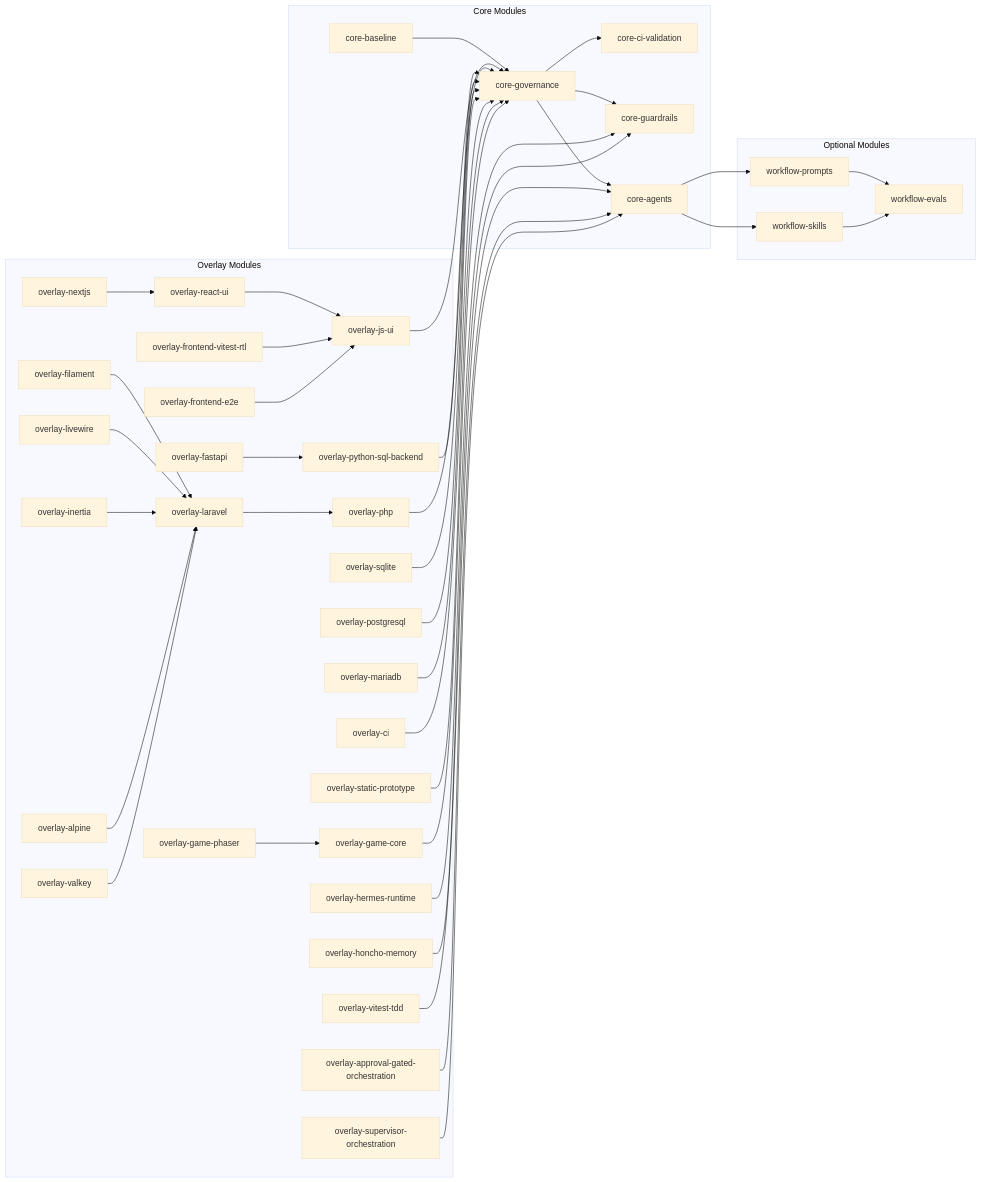
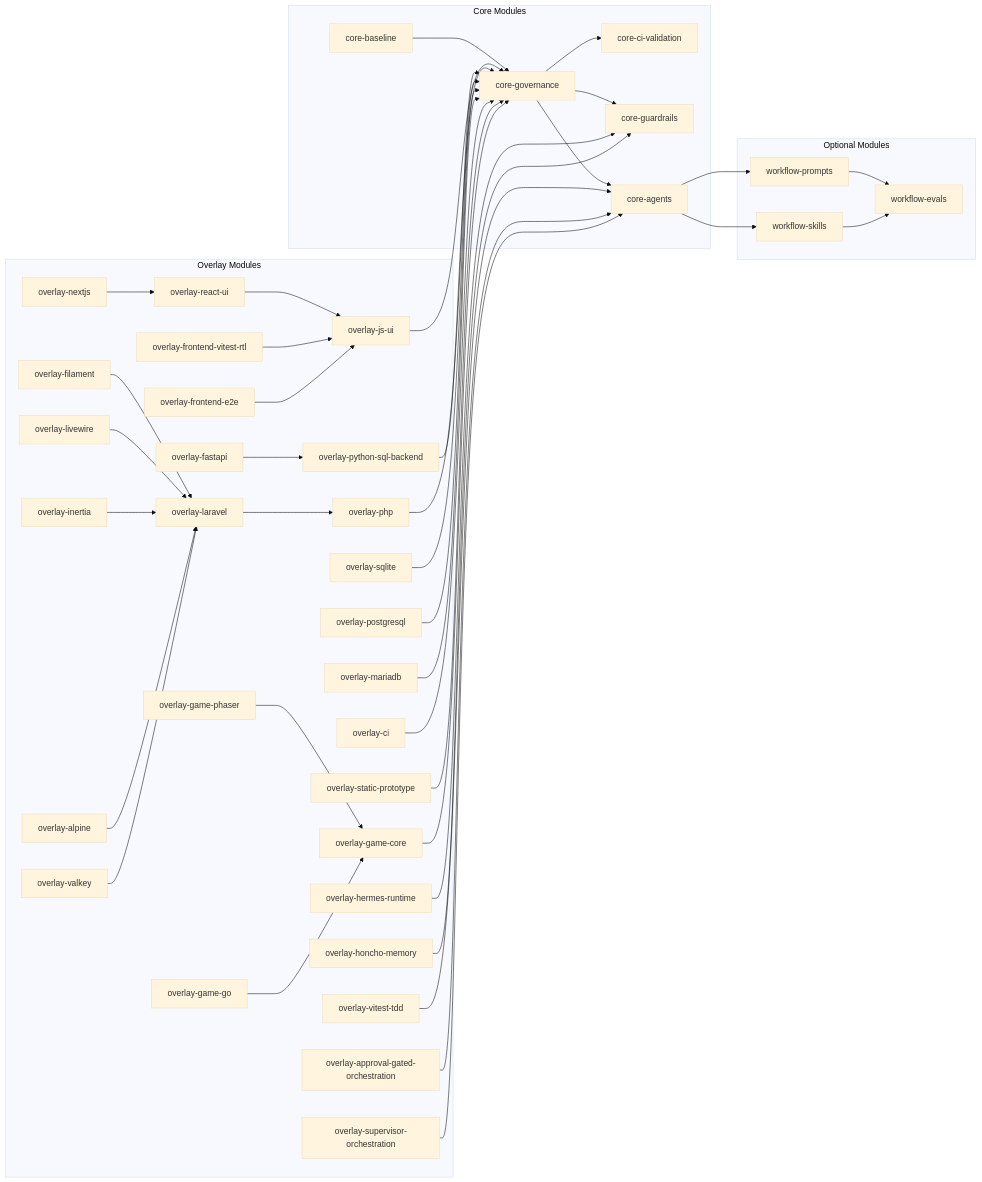
The second of 10 diagrams in docs/ARCHITECTURE.md (psyk01337/Agentic-Development-Starter), drawn with Mermaid (base theme) before and after one commit. The commit also changed 47 other files, not shown here.

````diff
--- a/docs/ARCHITECTURE.md
+++ b/docs/ARCHITECTURE.md
@@ -66,80 +66,82 @@
 ```mermaid
 graph LR
     subgraph "Core Modules"
         CB[core-baseline]
         CG[core-governance]
         CC[core-ci-validation]
         CD[core-guardrails]
         CE[core-agents]
     end
 
     subgraph "Optional Modules"
         WP[workflow-prompts]
         WS[workflow-skills]
         WE[workflow-evals]
     end
 
     subgraph "Overlay Modules"
         OJS[overlay-js-ui]
         ORU[overlay-react-ui]
         ONJ[overlay-nextjs]
         OFV[overlay-frontend-vitest-rtl]
         OFE[overlay-frontend-e2e]
         OPS[overlay-python-sql-backend]
         OFA[overlay-fastapi]
         OPH[overlay-php]
         OLV[overlay-laravel]
         OFI[overlay-filament]
         OLW[overlay-livewire]
         OIN[overlay-inertia]
         OAL[overlay-alpine]
         OVK[overlay-valkey]
         OSQ[overlay-sqlite]
         OPG[overlay-postgresql]
         OMA[overlay-mariadb]
         OVT[overlay-vitest-tdd]
         OAG[overlay-approval-gated-orchestration]
         OHR[overlay-hermes-runtime]
         OHM[overlay-honcho-memory]
         OCI[overlay-ci]
         OST[overlay-static-prototype]
         OGC[overlay-game-core]
         OGP[overlay-game-phaser]
+        OGG[overlay-game-go]
         OSO[overlay-supervisor-orchestration]
     end
 
     CB --> CG
     CG --> CC
     CG --> CD
     CG --> CE
     CE --> WP
     CE --> WS
     WP --> WE
     WS --> WE
     OJS --> CG
     ORU --> OJS
     ONJ --> ORU
     OFV --> OJS
     OFE --> OJS
     OPS --> CG
     OFA --> OPS
     OPH --> CG
     OLV --> OPH
     OFI --> OLV
     OLW --> OLV
     OIN --> OLV
     OAL --> OLV
     OVK --> OLV
     OSQ --> CG
     OPG --> CG
     OMA --> CG
     OVT --> CE
     OAG --> CE
     OSO --> CE
     OHR --> CD
     OHM --> CD
     OCI --> CG
     OST --> CG
     OGC --> CG
     OGP --> OGC
+    OGG --> OGC
 ```
````
